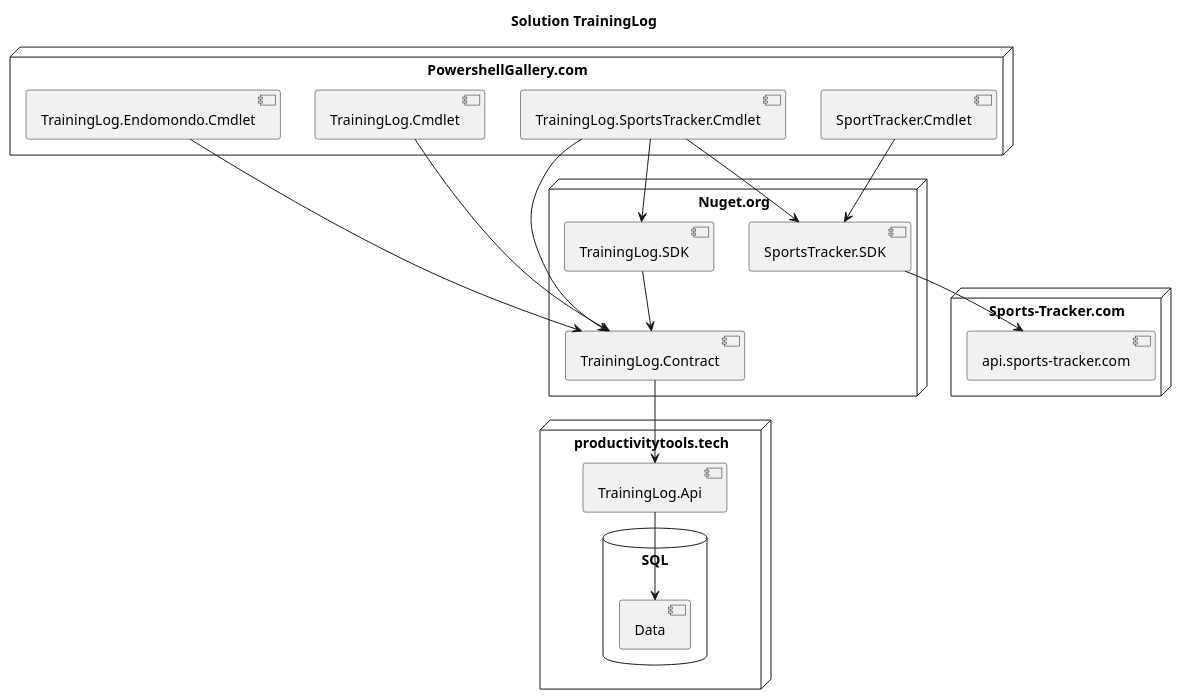
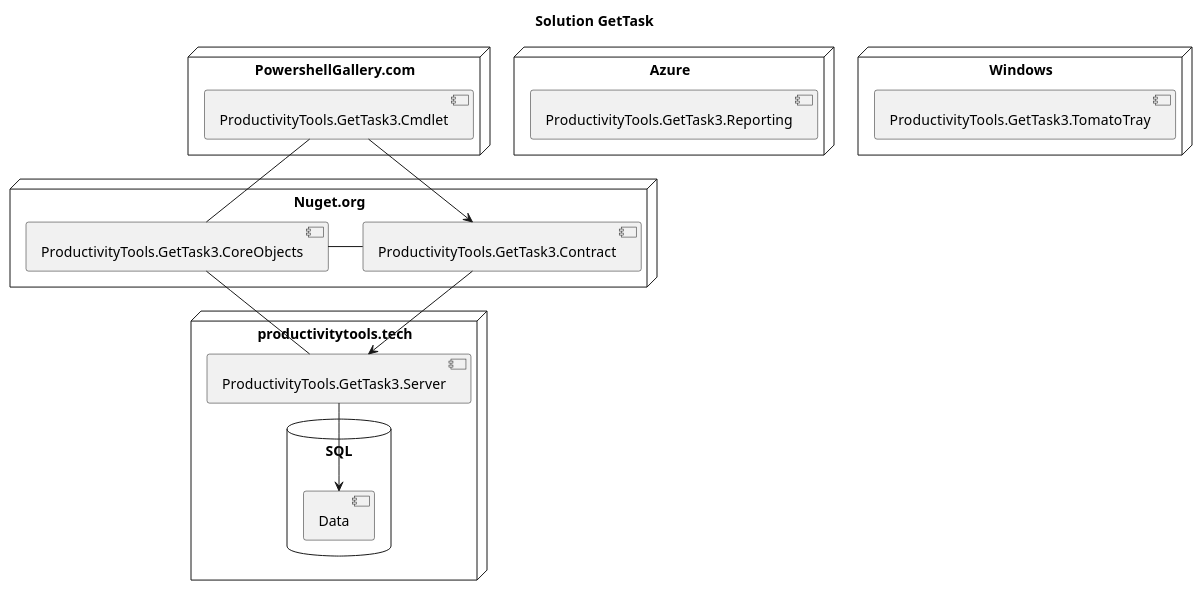
Before and after one commit to ProductivityTools-Tasks3/-ProductivityTools-Tasks3.github.io-: the diagram in Solution.wsd, drawn with PlantUML. The commit also changed 1 other file, not shown here.

```diff
--- a/Solution.wsd
+++ b/Solution.wsd
@@ -1,46 +1,37 @@
 @startuml
+title Solution GetTask
 
-title Solution TrainingLog
+node Azure{
+    [ProductivityTools.GetTask3.Reporting]
+}
+
+
+node Windows{
+    [ProductivityTools.GetTask3.TomatoTray]
+}
 
 node Nuget.org{
-    [TrainingLog.SDK]
-    [TrainingLog.Contract]
-    [SportsTracker.SDK]
+    [ProductivityTools.GetTask3.Contract]
+    [ProductivityTools.GetTask3.CoreObjects]
 }
 
 node PowershellGallery.com{
-    [TrainingLog.Endomondo.Cmdlet]
-    [TrainingLog.Cmdlet]
-    [TrainingLog.SportsTracker.Cmdlet]
-    [SportTracker.Cmdlet]
-}
-
-node [Sports-Tracker.com]{
-    [api.sports-tracker.com]
+    [ProductivityTools.GetTask3.Cmdlet]
 }
 
 
 node [productivitytools.tech]{
-    [TrainingLog.Api]
+    [ProductivityTools.GetTask3.Server]
     database "SQL\n" {
     [Data]
     }
 }
 
 
- [TrainingLog.SportsTracker.Cmdlet] -down->[SportsTracker.SDK]
- [TrainingLog.SportsTracker.Cmdlet] -down->[TrainingLog.SDK]
- [SportsTracker.SDK] -down->[api.sports-tracker.com]
- [TrainingLog.SDK] -down->[TrainingLog.Contract]
- [TrainingLog.Endomondo.Cmdlet] -down->[TrainingLog.Contract]
- [TrainingLog.Contract] -down->  [TrainingLog.Api]
- [TrainingLog.SportsTracker.Cmdlet] -down-> [TrainingLog.Contract]
- [TrainingLog.Cmdlet] -down-> [TrainingLog.Contract]
- [TrainingLog.Api] -down->Data
- [SportTracker.Cmdlet] -down->[SportsTracker.SDK]
- 
- 
-
-
-
+ [ProductivityTools.GetTask3.Cmdlet] -down->[ProductivityTools.GetTask3.Contract]
+ [ProductivityTools.GetTask3.Contract] -down->[ProductivityTools.GetTask3.Server]
+ [ProductivityTools.GetTask3.Server] -down->[Data]
+ [ProductivityTools.GetTask3.CoreObjects] -[ProductivityTools.GetTask3.Contract]
+ [ProductivityTools.GetTask3.CoreObjects] -[ProductivityTools.GetTask3.Cmdlet]
+ [ProductivityTools.GetTask3.CoreObjects] -[ProductivityTools.GetTask3.Server]
 @enduml
```
